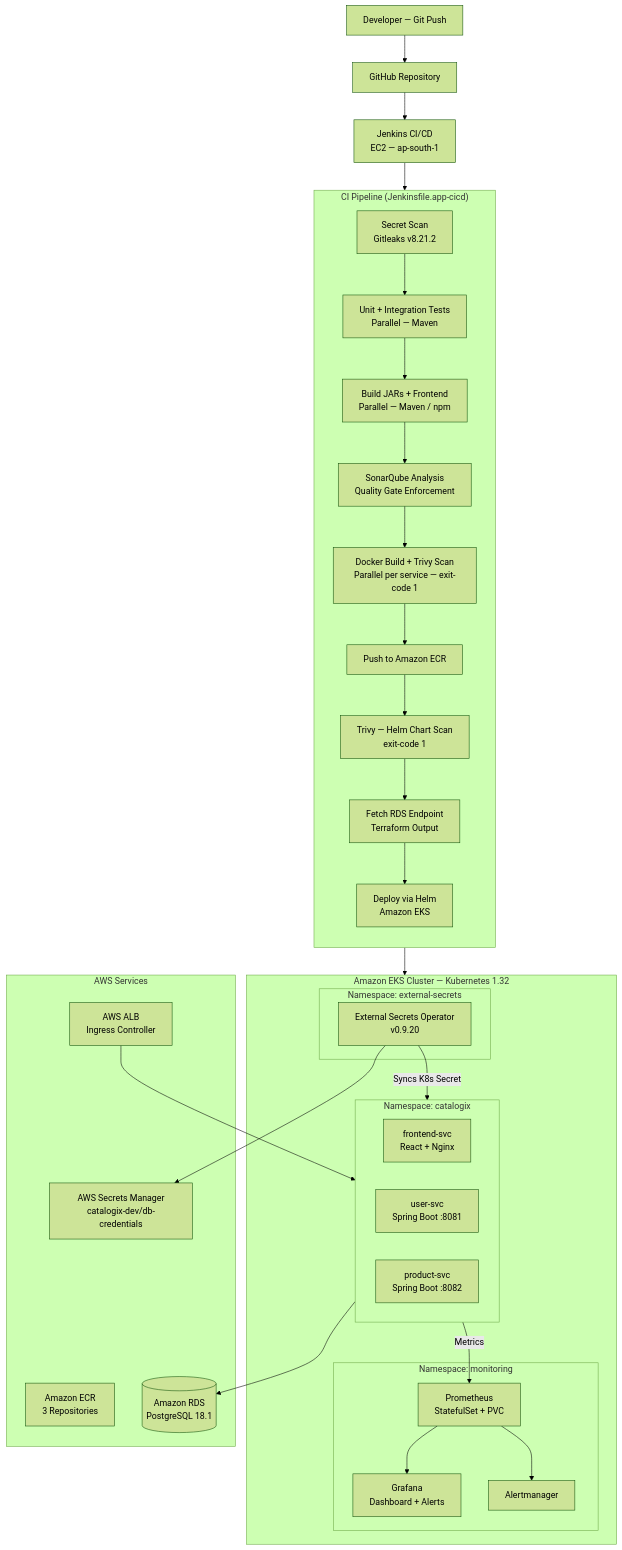
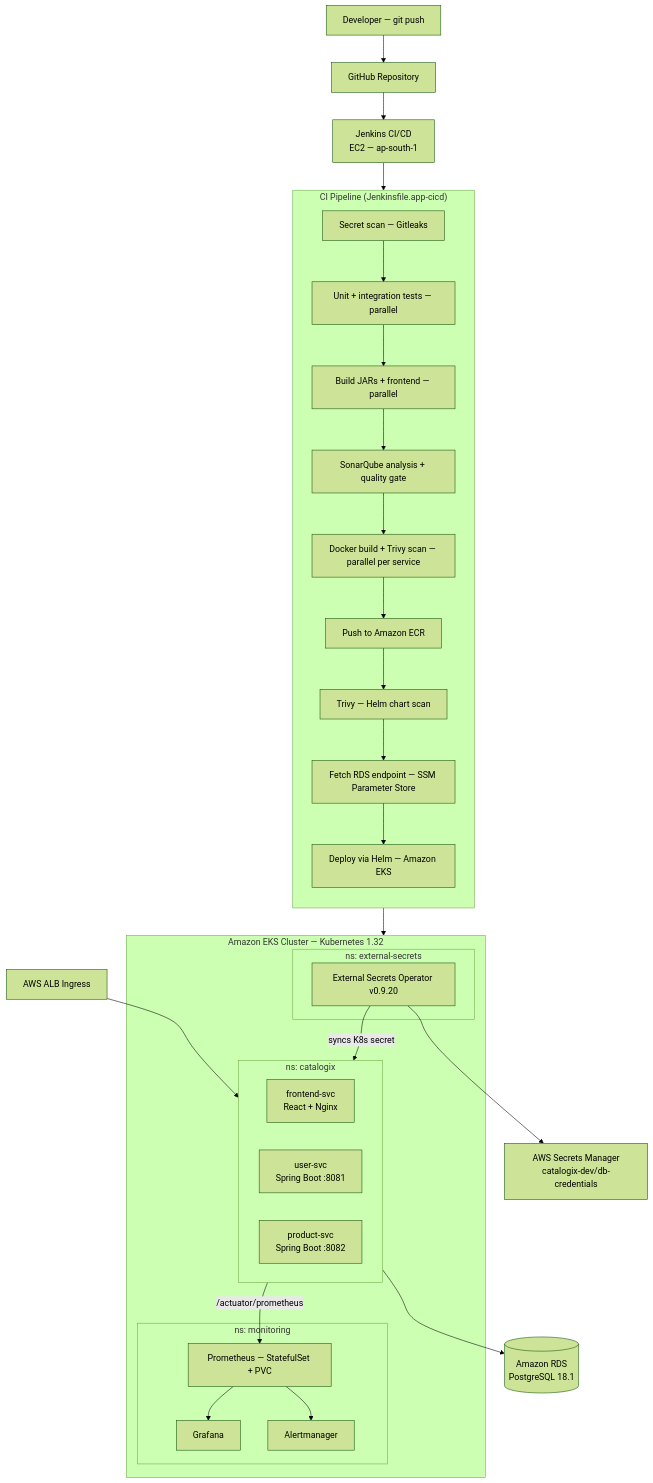
The diagram in README.md (imshubhamkaushik/aws-cicd-devsecops), drawn with Mermaid (forest theme) before and after one commit. The commit also changed other lines of this file and 2 other files, not shown here.

````diff
--- a/README.md
+++ b/README.md
@@ -79,55 +81,47 @@
 ```mermaid
 flowchart TD
-    Dev[Developer — Git Push] --> GitHub[GitHub Repository]
-
+    Dev[Developer — git push] --> GitHub[GitHub Repository]
     GitHub --> Jenkins[Jenkins CI/CD\nEC2 — ap-south-1]
-
+ 
     subgraph CI["CI Pipeline (Jenkinsfile.app-cicd)"]
         direction TB
-        J1[Secret Scan\nGitleaks v8.21.2]
-        J2[Unit + Integration Tests\nParallel — Maven]
-        J3[Build JARs + Frontend\nParallel — Maven / npm]
-        J4[SonarQube Analysis\nQuality Gate Enforcement]
-        J5[Docker Build + Trivy Scan\nParallel per service — exit-code 1]
+        J1[Secret scan — Gitleaks]
+        J2[Unit + integration tests — parallel]
+        J3[Build JARs + frontend — parallel]
+        J4[SonarQube analysis + quality gate]
+        J5[Docker build + Trivy scan — parallel per service]
         J6[Push to Amazon ECR]
-        J7[Trivy — Helm Chart Scan\nexit-code 1]
-        J8[Fetch RDS Endpoint\nTerraform Output]
-        J9[Deploy via Helm\nAmazon EKS]
+        J7[Trivy — Helm chart scan]
+        J8[Fetch RDS endpoint — SSM Parameter Store]
+        J9[Deploy via Helm — Amazon EKS]
         J1 --> J2 --> J3 --> J4 --> J5 --> J6 --> J7 --> J8 --> J9
     end
-
+ 
     Jenkins --> CI
-
+ 
     subgraph EKS["Amazon EKS Cluster — Kubernetes 1.32"]
-        subgraph AppNS["Namespace: catalogix"]
+        subgraph AppNS["ns: catalogix"]
             FE[frontend-svc\nReact + Nginx]
             US[user-svc\nSpring Boot :8081]
             PS[product-svc\nSpring Boot :8082]
         end
-        subgraph MonNS["Namespace: monitoring"]
-            Prom[Prometheus\nStatefulSet + PVC]
-            Graf[Grafana\nDashboard + Alerts]
+        subgraph MonNS["ns: monitoring"]
+            Prom[Prometheus — StatefulSet + PVC]
+            Graf[Grafana]
             AM[Alertmanager]
         end
-        subgraph ESO_NS["Namespace: external-secrets"]
-            ESO[External Secrets Operator\nv0.9.20]
+        subgraph ESO_NS["ns: external-secrets"]
+            ESO[External Secrets Operator v0.9.20]
         end
     end
-
+ 
     J9 --> EKS
-
-    subgraph AWS["AWS Services"]
-        ALB[AWS ALB\nIngress Controller]
-        ECR[Amazon ECR\n3 Repositories]
-        RDS[(Amazon RDS\nPostgreSQL 18.1)]
-        SM[AWS Secrets Manager\ncatalogix-dev/db-credentials]
-    end
-
-    ALB --> AppNS
-    AppNS --> RDS
-    ESO --> SM
-    ESO -->|Syncs K8s Secret| AppNS
-    AppNS -->|Metrics| Prom
+ 
+    ALB[AWS ALB Ingress] --> AppNS
+    AppNS --> RDS[(Amazon RDS\nPostgreSQL 18.1)]
+    ESO --> SM[AWS Secrets Manager\ncatalogix-dev/db-credentials]
+    ESO -->|syncs K8s secret| AppNS
+    AppNS -->|/actuator/prometheus| Prom
     Prom --> Graf
     Prom --> AM
 ```
````
